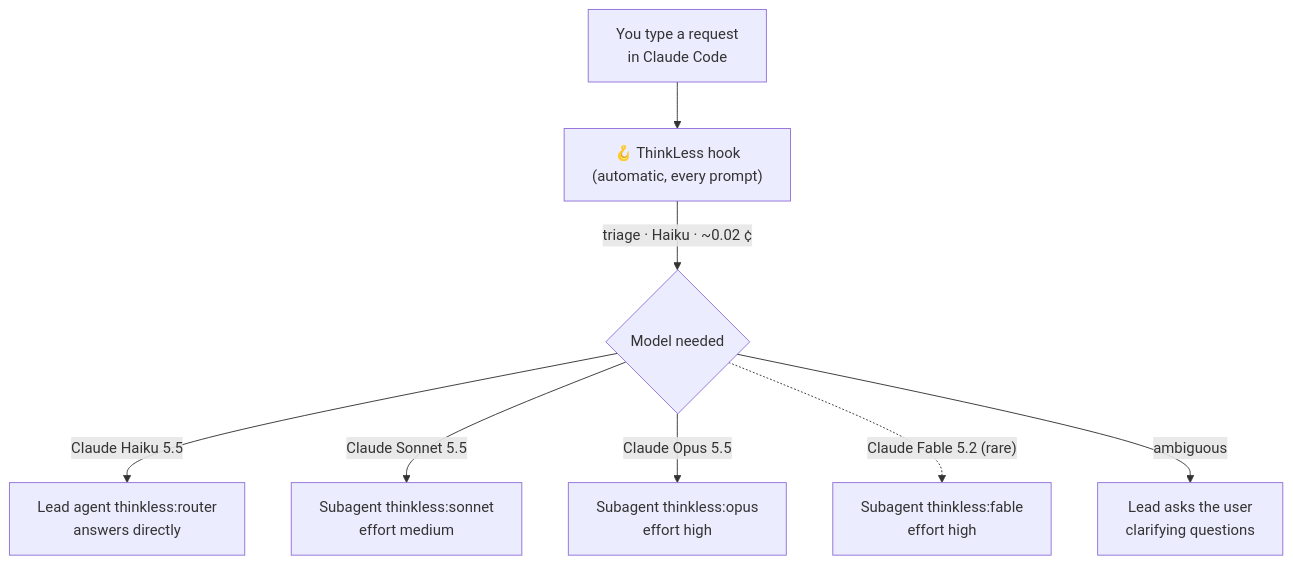
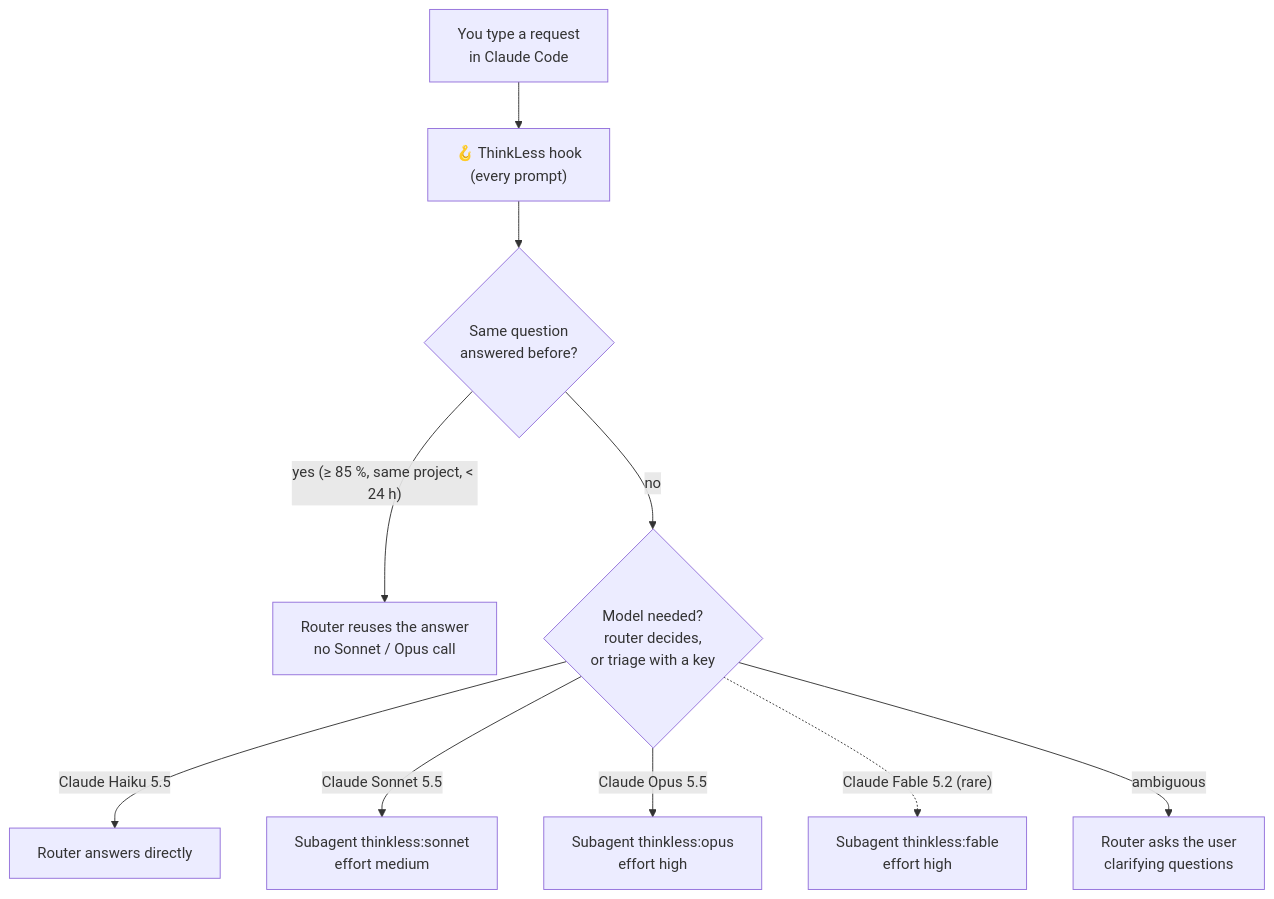
Before and after one commit to JacobRoche123/codejam-2026: the fourth of 14 diagrams in README.md, drawn with Mermaid. The commit also changed other lines of this file and 4 other files, not shown here.

````diff
--- a/README.md
+++ b/README.md
@@ -93,10 +103,12 @@
 ```mermaid
 flowchart TD
-    U["You type a request<br/>in Claude Code"] --> H["🪝 ThinkLess hook<br/>(automatic, every prompt)"]
-    H -->|"triage · Haiku · ~0.02 ¢"| V{"Model needed"}
-    V -- "Claude Haiku 5.5" --> L["Lead agent thinkless:router<br/>answers directly"]
+    U["You type a request<br/>in Claude Code"] --> H["🪝 ThinkLess hook<br/>(every prompt)"]
+    H --> C{"Same question<br/>answered before?"}
+    C -- "yes (≥ 85 %, same project, < 24 h)" --> R0["Router reuses the answer<br/>no Sonnet / Opus call"]
+    C -- no --> V{"Model needed?<br/>router decides,<br/>or triage with a key"}
+    V -- "Claude Haiku 5.5" --> L["Router answers directly"]
     V -- "Claude Sonnet 5.5" --> M["Subagent thinkless:sonnet<br/>effort medium"]
     V -- "Claude Opus 5.5" --> O["Subagent thinkless:opus<br/>effort high"]
     V -. "Claude Fable 5.2 (rare)" .-> F["Subagent thinkless:fable<br/>effort high"]
-    V -- ambiguous --> Q["Lead asks the user<br/>clarifying questions"]
+    V -- ambiguous --> Q["Router asks the user<br/>clarifying questions"]
 ```
````
